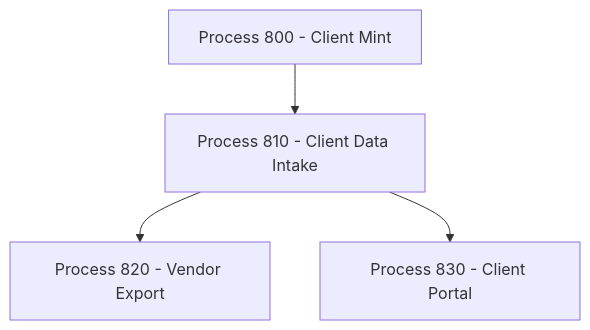
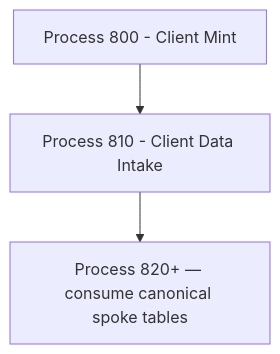
Before and after one commit to djb258/Barton-Processes: the second of 2 diagrams in factory/client/810-client-intake/PROCESS-UT.md, drawn with Mermaid. The commit also changed other lines of this file and 10 other files, not shown here.

First line of the commit message:
BAR-810 — bp.810 Client Intake flat spoke model rewrite (OPERATE)

````diff
--- a/factory/client/810-client-intake/PROCESS-UT.md
+++ b/factory/client/810-client-intake/PROCESS-UT.md
@@ -274,6 +288,5 @@
 ```mermaid
 flowchart TD
   P800[Process 800 - Client Mint] --> P810[Process 810 - Client Data Intake]
-  P810 --> P820[Process 820 - Vendor Export]
-  P810 --> P830[Process 830 - Client Portal]
+  P810 --> downstream[Process 820+ — consume canonical spoke tables]
 ```
````
